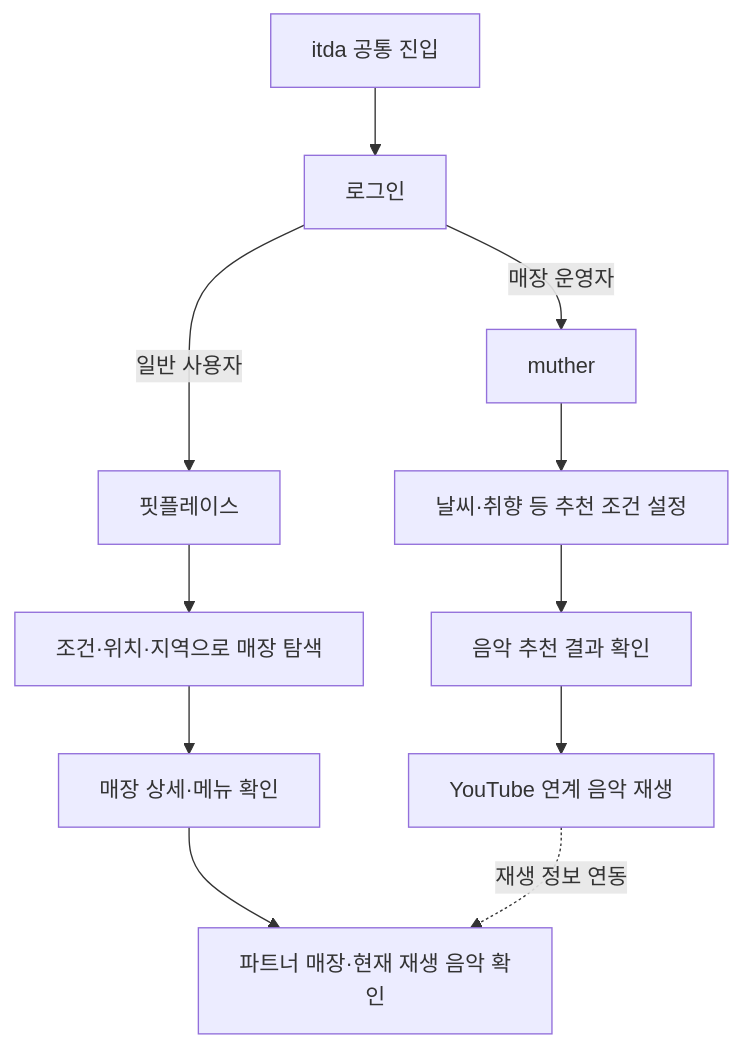
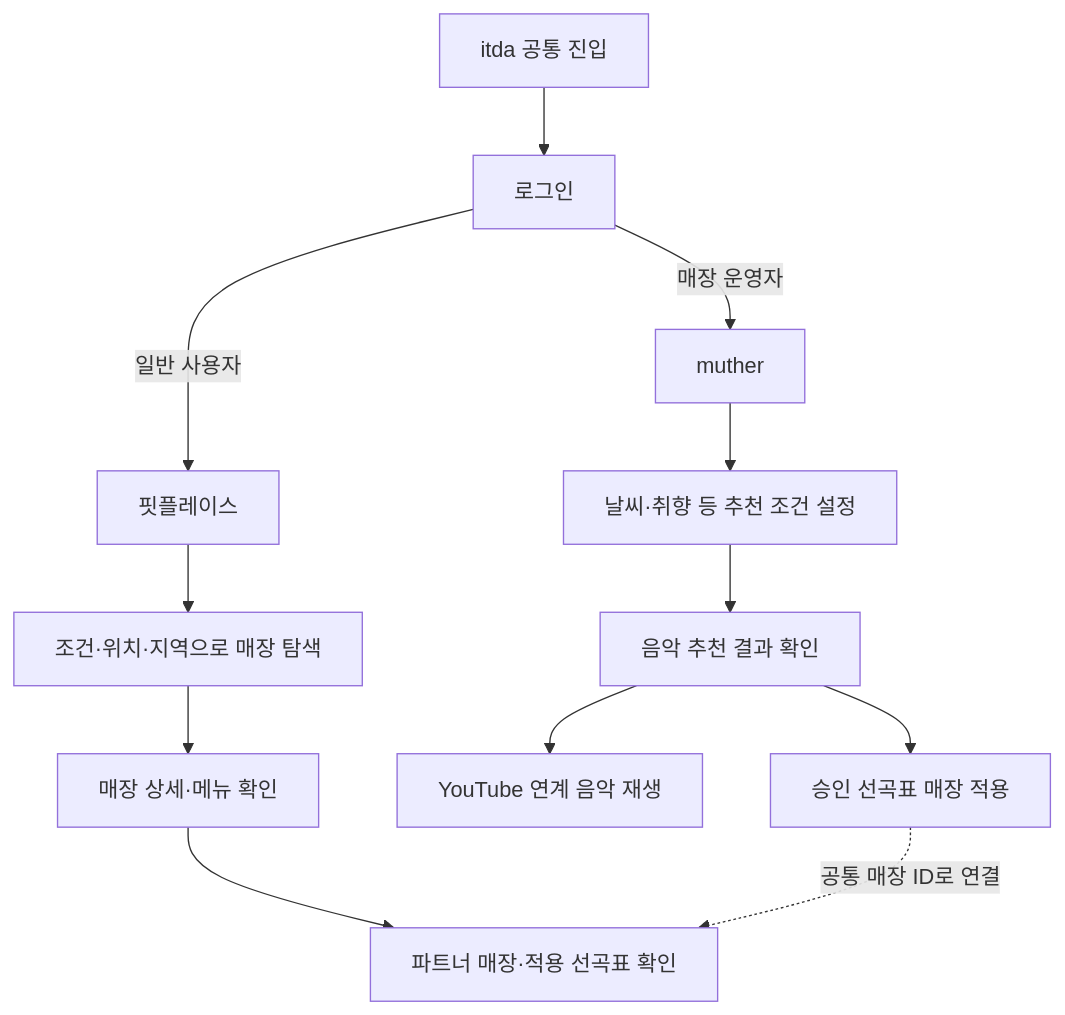
Before and after one commit to encore-ai-campus/mlo-01-p4-team1: the diagram in README.md, drawn with Mermaid. The commit also changed other lines of this file and 2 other files, not shown here.

````diff
--- a/README.md
+++ b/README.md
@@ -32,13 +31,14 @@
 ```mermaid
 flowchart TD
     Entry["itda 공통 진입"] --> Login["로그인"]
     Login -->|일반 사용자| Fit["핏플레이스"]
     Fit --> Search["조건·위치·지역으로 매장 탐색"]
     Search --> Detail["매장 상세·메뉴 확인"]
-    Detail --> Partner["파트너 매장·현재 재생 음악 확인"]
+    Detail --> Partner["파트너 매장·적용 선곡표 확인"]
     Login -->|매장 운영자| Muther["muther"]
     Muther --> Options["날씨·취향 등 추천 조건 설정"]
     Options --> Recommend["음악 추천 결과 확인"]
     Recommend --> Playback["YouTube 연계 음악 재생"]
-    Playback -. 재생 정보 연동 .-> Partner
+    Recommend --> Approved["승인 선곡표 매장 적용"]
+    Approved -. 공통 매장 ID로 연결 .-> Partner
 ```
````
